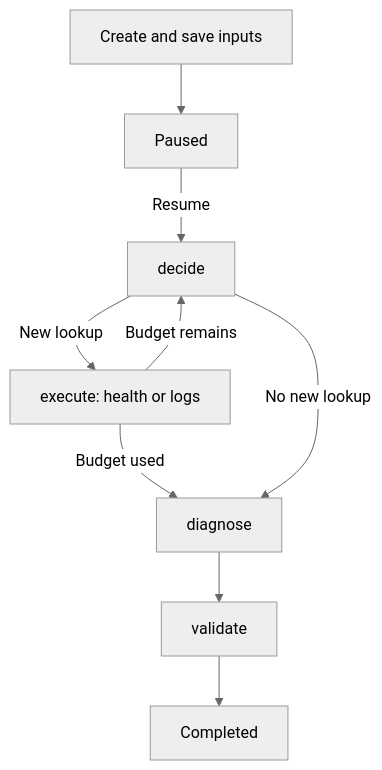
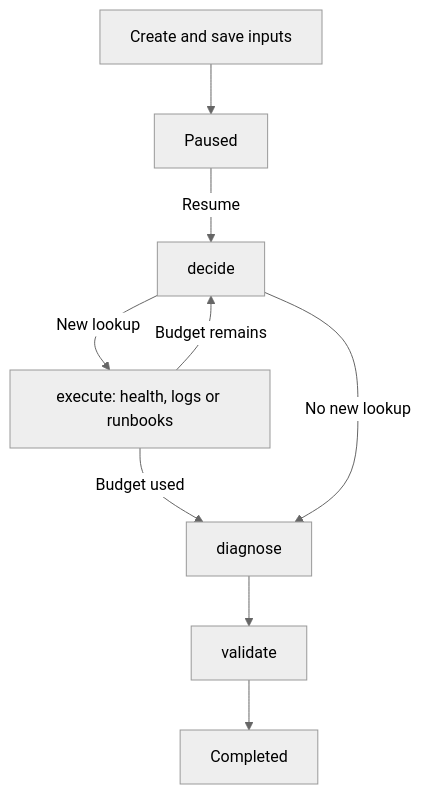
Before and after one commit to Danven-Ong/IncidentClue: the first of 2 diagrams in docs/workflow.md, drawn with Mermaid (neutral theme). The commit also changed other lines of this file and 24 other files, not shown here.

````diff
--- a/docs/workflow.md
+++ b/docs/workflow.md
@@ -8,11 +8,11 @@
 ```mermaid
 flowchart TD
     Create[Create and save inputs] --> Paused[Paused]
     Paused -->|Resume| Decide[decide]
-    Decide -->|New lookup| Execute[execute: health or logs]
+    Decide -->|New lookup| Execute[execute: health, logs or runbooks]
     Execute -->|Budget remains| Decide
     Execute -->|Budget used| Diagnose[diagnose]
     Decide -->|No new lookup| Diagnose
     Diagnose --> Validate[validate]
     Validate --> Completed[Completed]
 ```
````
